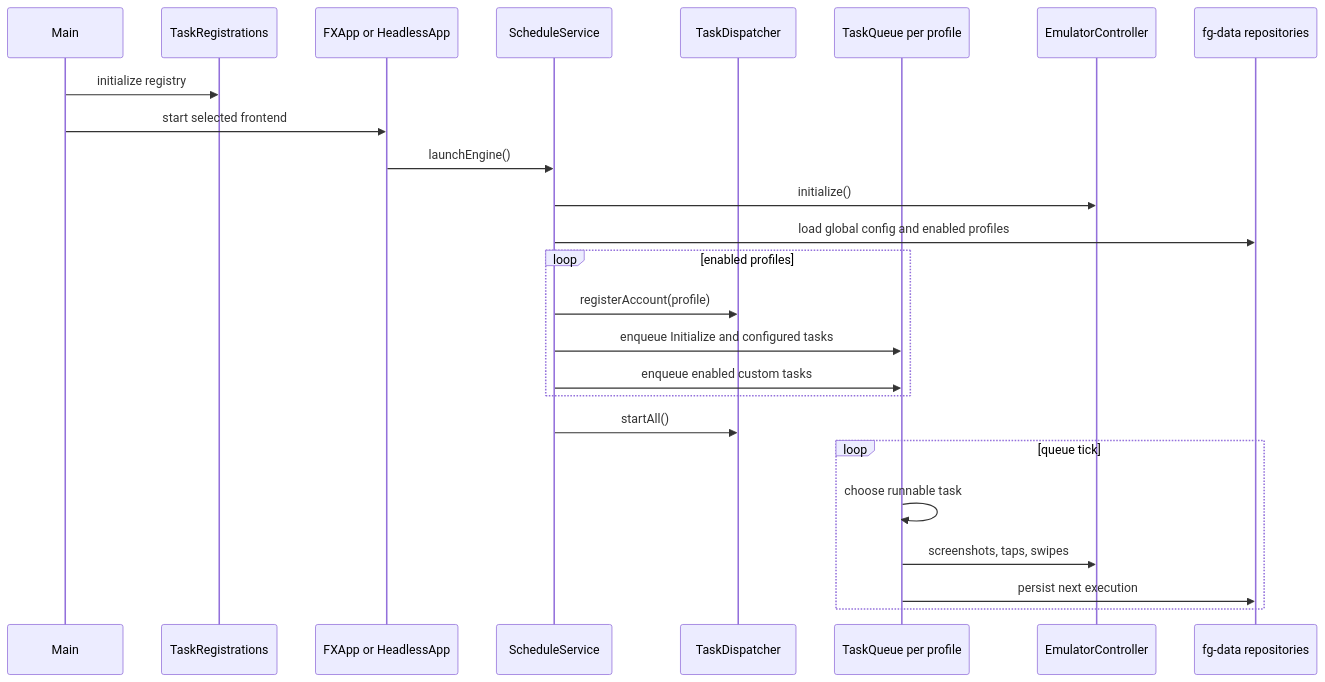
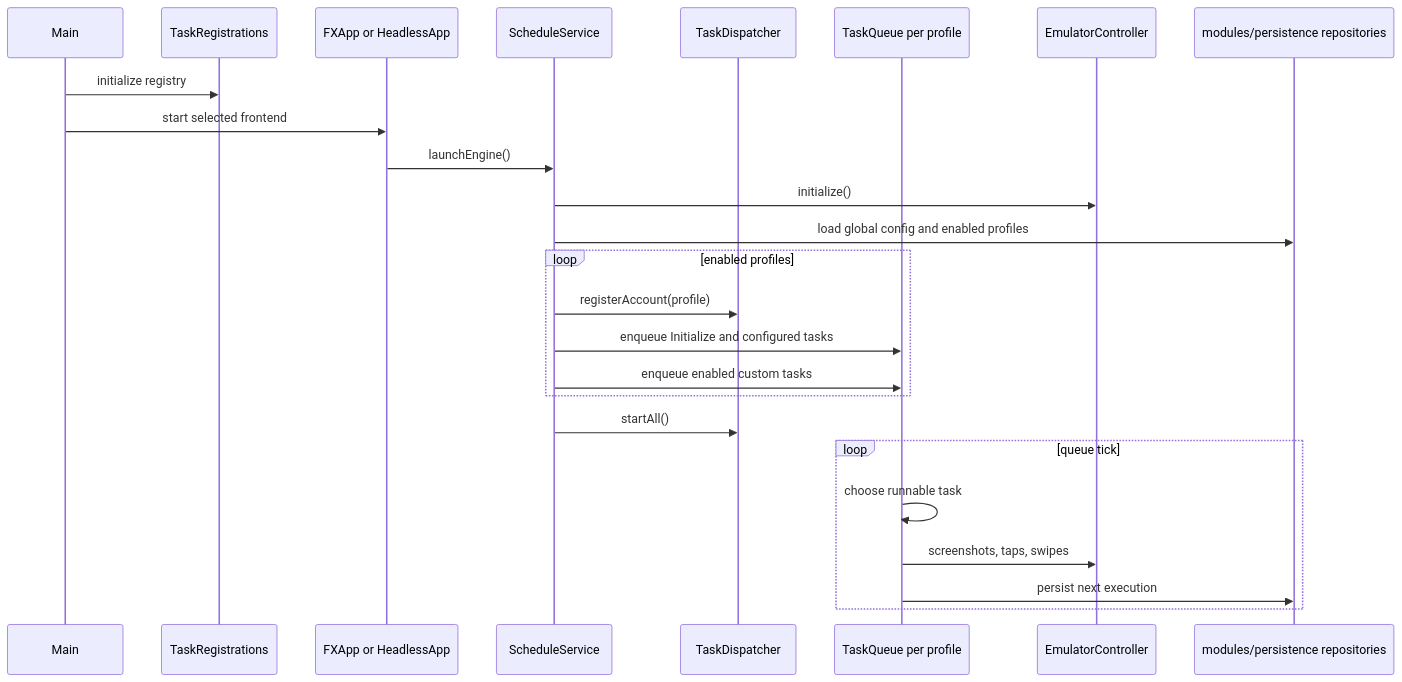
Before and after one commit to Shederator/wosbot: the third of 4 diagrams in docs/architecture.md, drawn with Mermaid. The commit also changed other lines of this file and 951 other files, not shown here.

````diff
--- a/docs/architecture.md
+++ b/docs/architecture.md
@@ -124,28 +139,28 @@
 ```mermaid
 sequenceDiagram
     participant Main
     participant Tasks as TaskRegistrations
     participant UI as FXApp or HeadlessApp
     participant Scheduler as ScheduleService
     participant Dispatcher as TaskDispatcher
     participant Queue as TaskQueue per profile
     participant Emulator as EmulatorController
-    participant DB as fg-data repositories
+    participant DB as modules/persistence repositories
 
     Main->>Tasks: initialize registry
     Main->>UI: start selected frontend
     UI->>Scheduler: launchEngine()
     Scheduler->>Emulator: initialize()
     Scheduler->>DB: load global config and enabled profiles
     loop enabled profiles
         Scheduler->>Dispatcher: registerAccount(profile)
         Scheduler->>Queue: enqueue Initialize and configured tasks
         Scheduler->>Queue: enqueue enabled custom tasks
     end
     Scheduler->>Dispatcher: startAll()
     loop queue tick
         Queue->>Queue: choose runnable task
         Queue->>Emulator: screenshots, taps, swipes
         Queue->>DB: persist next execution
     end
 ```
````
